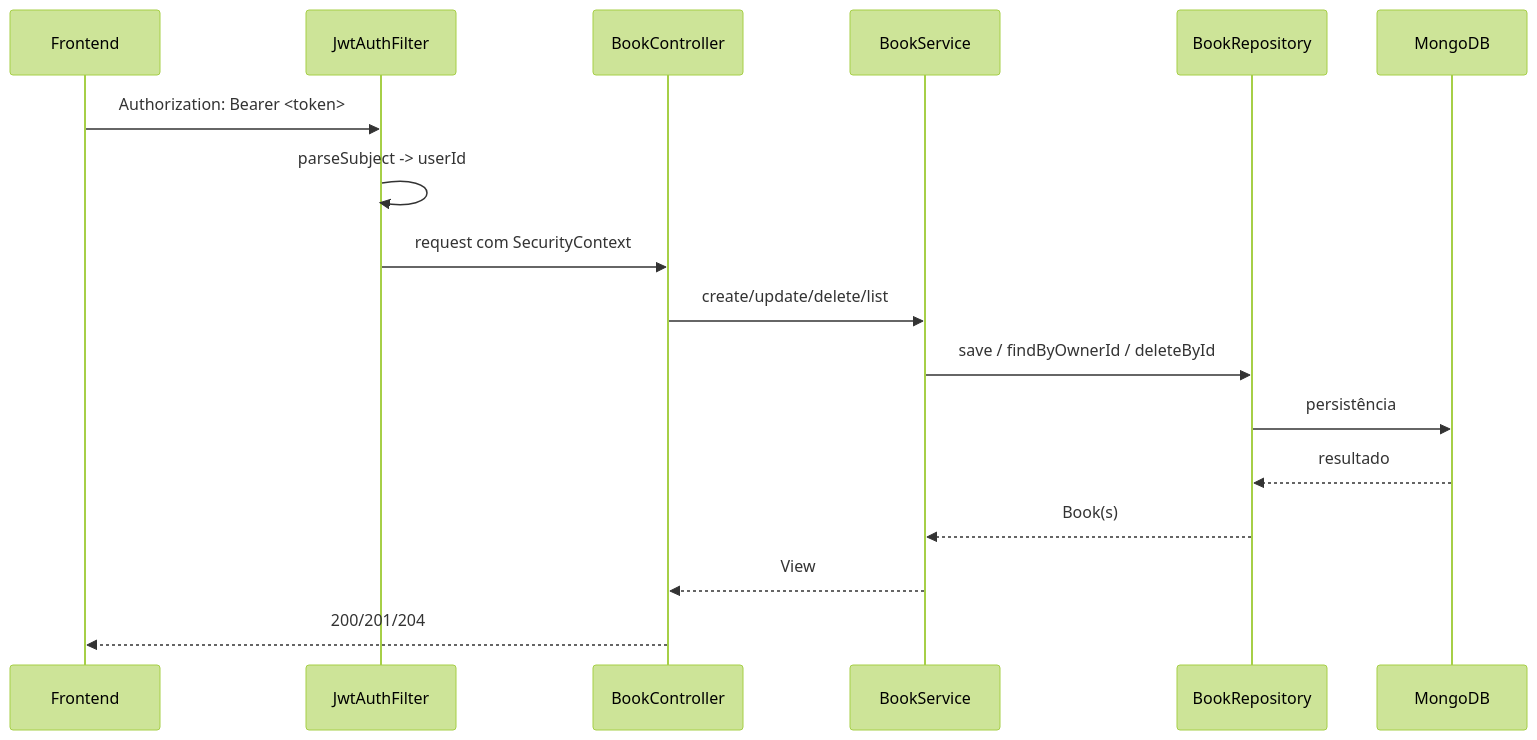
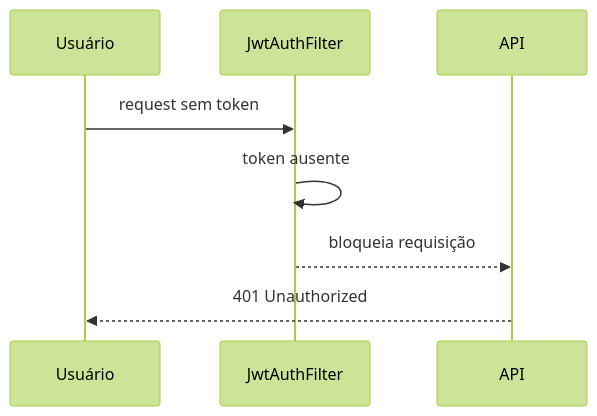
The seventh of 11 diagrams in RTM.md (LetterBook4/LetterBook), drawn with Mermaid (forest theme) before and after one commit. The commit also changed other lines of this file, not shown here.

Commit message:
docs: adiciona diagramas UML faltantes

````diff
--- a/RTM.md
+++ b/RTM.md
@@ -78,20 +111,11 @@
 ```mermaid
 sequenceDiagram
-  participant F as Frontend
+  participant U as Usuário
   participant JF as JwtAuthFilter
-  participant BC as BookController
-  participant BS as BookService
-  participant BR as BookRepository
-  participant M as MongoDB
+  participant API as API
 
-  F->>JF: Authorization: Bearer <token>
-  JF->>JF: parseSubject -> userId
-  JF->>BC: request com SecurityContext
-  BC->>BS: create/update/delete/list
-  BS->>BR: save / findByOwnerId / deleteById
-  BR->>M: persistência
-  M-->>BR: resultado
-  BR-->>BS: Book(s)
-  BS-->>BC: View
-  BC-->>F: 200/201/204
+  U->>JF: request sem token
+  JF->>JF: token ausente
+  JF-->>API: bloqueia requisição
+  API-->>U: 401 Unauthorized
 ```
````
